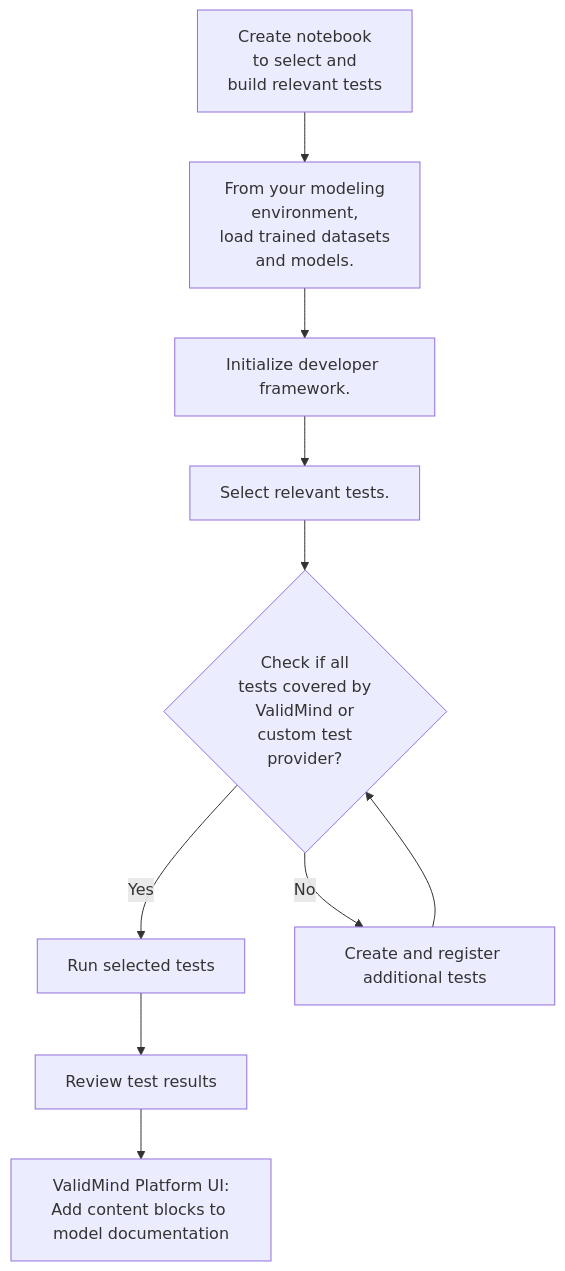
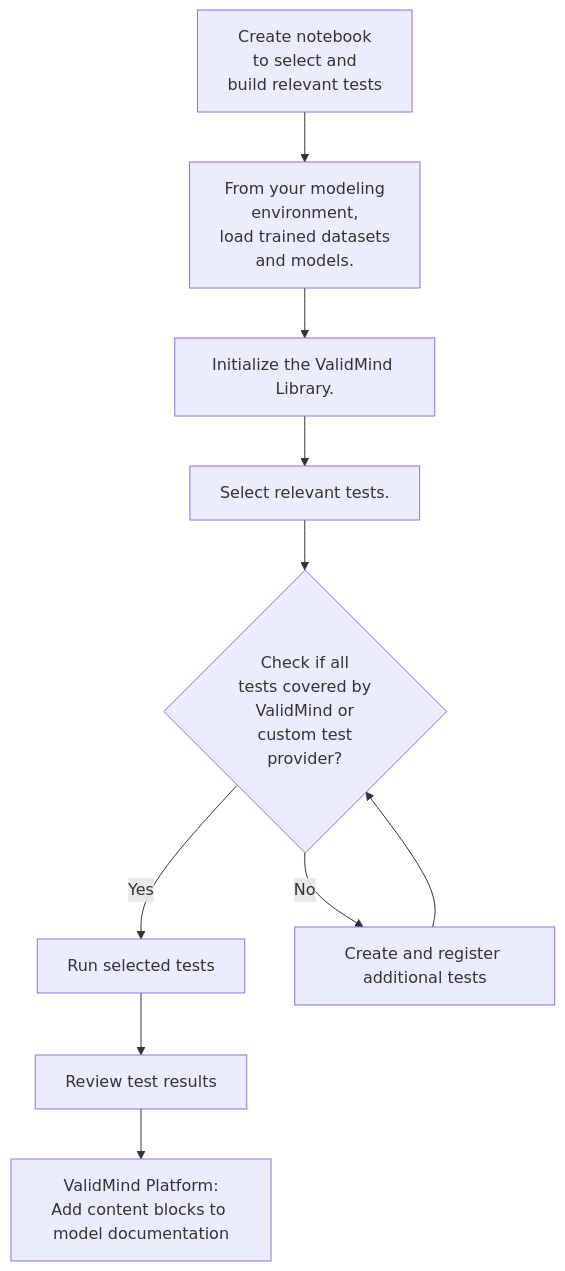
The second of 3 diagrams in internal/templates/mermaid-diagrams.qmd (validmind/documentation), drawn with Mermaid before and after one commit. The commit also changed other lines of this file and 132 other files, not shown here.

````diff
--- a/internal/templates/mermaid-diagrams.qmd
+++ b/internal/templates/mermaid-diagrams.qmd
@@ -18,12 +18,12 @@
 ```{mermaid}
 graph TD
     A[Create notebook<br>to select and<br>build relevant tests] --> B[From your modeling<br>environment,<br>load trained datasets<br>and models.]
-    B --> C[Initialize developer framework.]
+    B --> C[Initialize the ValidMind Library.]
     C --> D[Select relevant tests.]
     D --> E{Check if all<br>tests covered by<br>ValidMind or<br>custom test<br>provider?}
     E -- Yes --> F[Run selected tests]
     F --> G[Review test results]
     E -- No --> H[Create and register additional tests]
-    G --> I[ValidMind Platform UI:<br>Add content blocks to model documentation]
+    G --> I[ValidMind Platform:<br>Add content blocks to model documentation]
     H --> E
 ```
````
